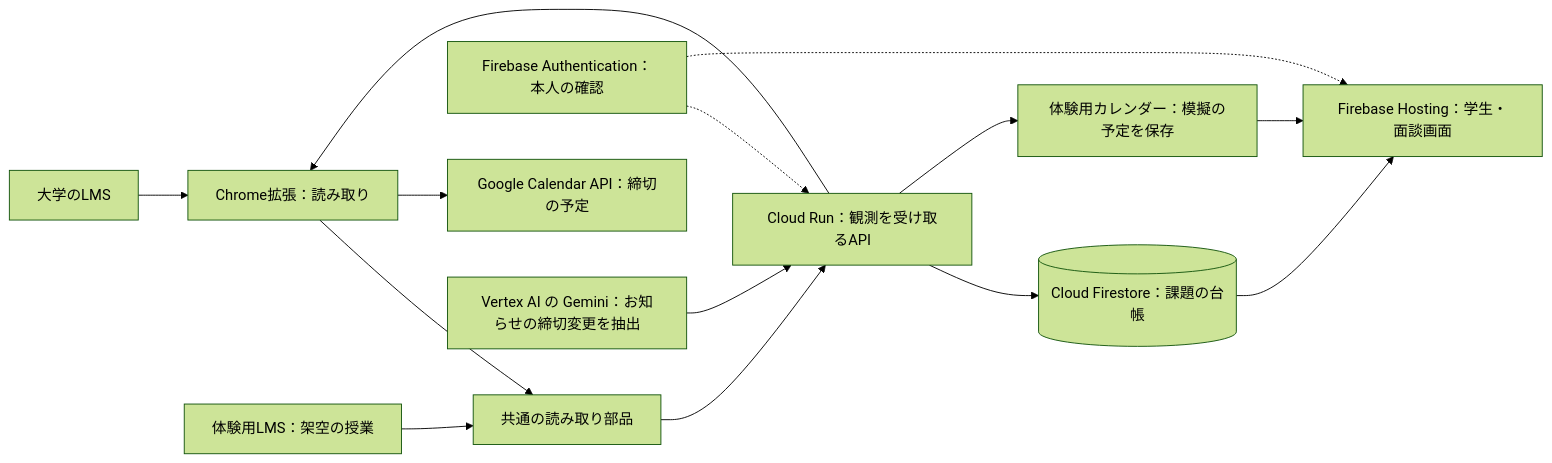
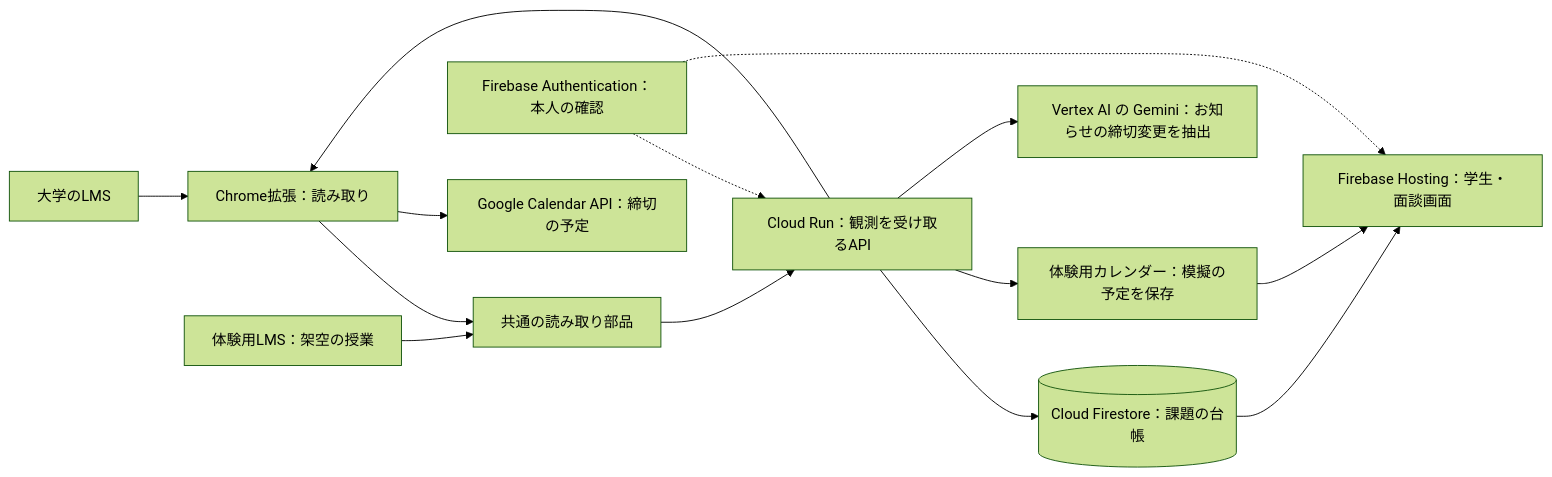
The diagram in README.md (Devfest-Hackathon-2026/df-2026-t198), drawn with Mermaid (forest theme) before and after one commit. The commit also changed 2 other files, not shown here.

Commit message:
docs: align design notes with current implementation (#71)

````diff
--- a/README.md
+++ b/README.md
@@ -74,16 +74,16 @@
 ```mermaid
 flowchart LR
   LMS[大学のLMS] --> EXT[Chrome拡張：読み取り]
   DEMO[体験用LMS：架空の授業] --> READER[共通の読み取り部品]
   EXT --> READER
   READER --> API[Cloud Run：観測を受け取るAPI]
   API --> DB[(Cloud Firestore：課題の台帳)]
   DB --> WEB[Firebase Hosting：学生・面談画面]
   AUTH[Firebase Authentication：本人の確認] -.-> API
   AUTH -.-> WEB
   API --> MOCK[体験用カレンダー：模擬の予定を保存]
   MOCK --> WEB
   API --> EXT
   EXT --> CAL[Google Calendar API：締切の予定]
-  GEMINI[Vertex AI の Gemini：お知らせの締切変更を抽出] --> API
+  API --> GEMINI[Vertex AI の Gemini：お知らせの締切変更を抽出]
 ```
````
